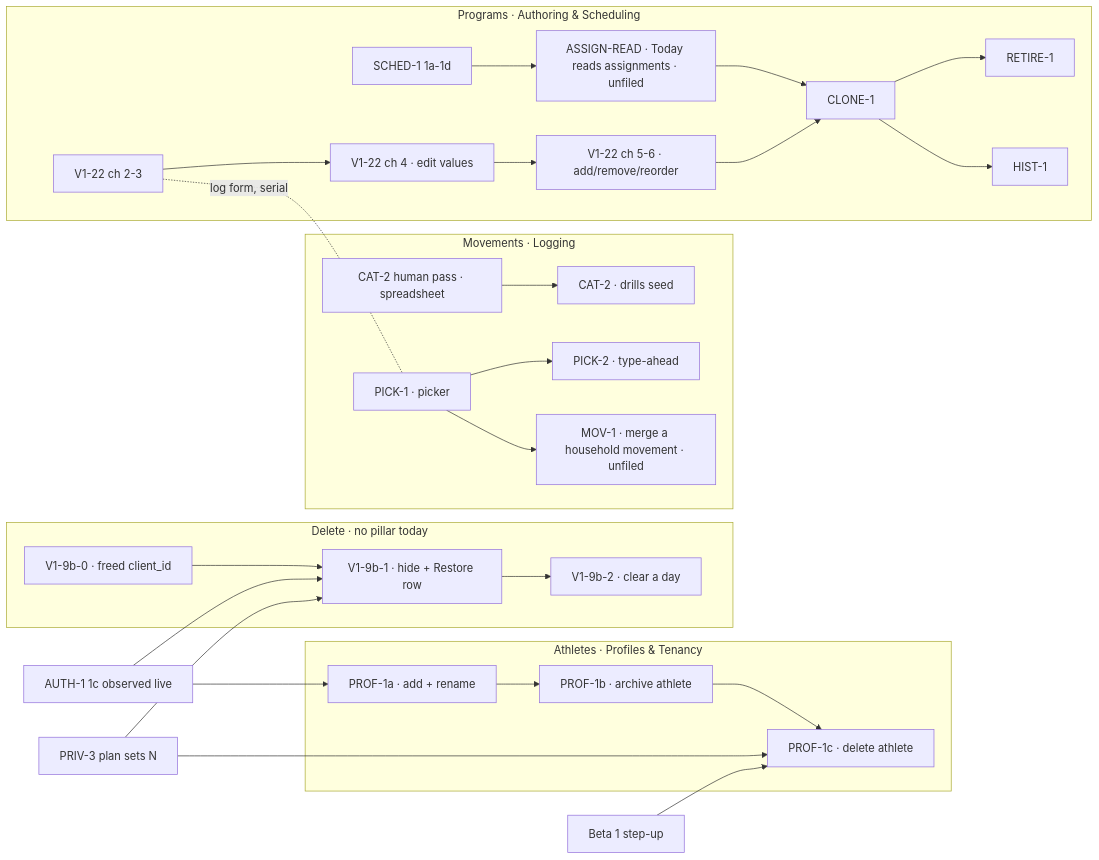
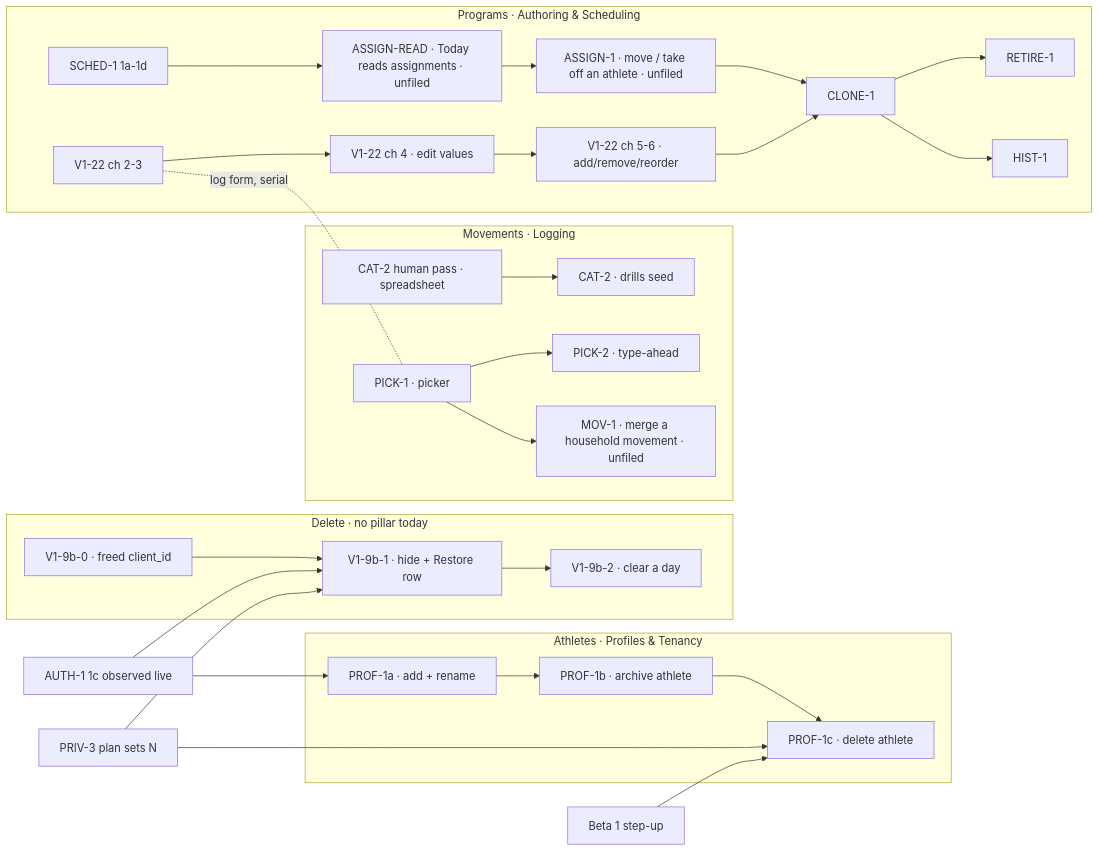
Before and after one commit to ralamode/mat-plan: the diagram in docs/specs/crud-1-fix-it-yourself.md, drawn with Mermaid. The commit also changed other lines of this file and 1 other file, not shown here.

````diff
--- a/docs/specs/crud-1-fix-it-yourself.md
+++ b/docs/specs/crud-1-fix-it-yourself.md
@@ -66,31 +66,32 @@
 ```mermaid
 flowchart LR
   subgraph A[Athletes · Profiles & Tenancy]
     P1a[PROF-1a · add + rename] --> P1b[PROF-1b · archive athlete]
     P1b --> P1c[PROF-1c · delete athlete]
   end
   subgraph B[Delete · no pillar today]
     D0[V1-9b-0 · freed client_id] --> D1[V1-9b-1 · hide + Restore row]
     D1 --> D2[V1-9b-2 · clear a day]
   end
   subgraph C[Movements · Logging]
     H[CAT-2 human pass · spreadsheet] --> C2[CAT-2 · drills seed]
     K1[PICK-1 · picker] --> K2[PICK-2 · type-ahead]
     K1 --> MV[MOV-1 · merge a household movement · unfiled]
   end
   subgraph D[Programs · Authoring & Scheduling]
     V2[V1-22 ch 2-3] --> V4[V1-22 ch 4 · edit values]
     V4 --> V6[V1-22 ch 5-6 · add/remove/reorder]
     S[SCHED-1 1a-1d] --> AR[ASSIGN-READ · Today reads assignments · unfiled]
-    AR --> CL[CLONE-1]
+    AR --> AS[ASSIGN-1 · move / take off an athlete · unfiled]
+    AS --> CL[CLONE-1]
     V6 --> CL
     CL --> RT[RETIRE-1]
     CL --> HI[HIST-1]
   end
   AU[AUTH-1 1c observed live] --> P1a
   AU --> D1
   PR3[PRIV-3 plan sets N] --> D1
   PR3 --> P1c
   STEP[Beta 1 step-up] --> P1c
   V2 -. log form, serial .- K1
 ```
````
